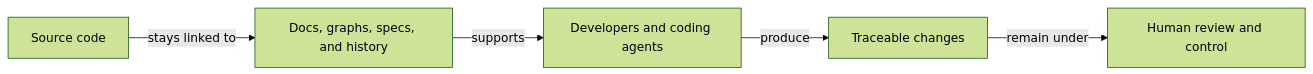
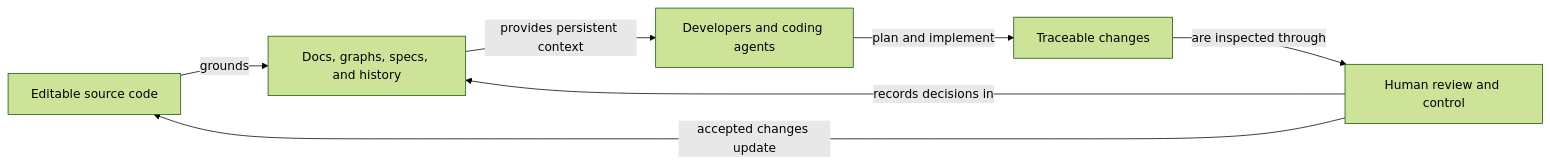
The diagram in README.md (Alenkz12/FiboCode-Releases), drawn with Mermaid (forest theme) before and after one commit. The commit also changed other lines of this file, not shown here.

First line of the commit message:
docs(readme): reframe FiboCode as agent workflow knowledge base

````diff
--- a/README.md
+++ b/README.md
@@ -26,7 +28,9 @@
 ```mermaid
 flowchart LR
-  source_code_001["Source code"] -->|stays linked to| shared_context_002["Docs, graphs, specs, and history"]
-  shared_context_002 -->|supports| human_agent_003["Developers and coding agents"]
-  human_agent_003 -->|produce| traceable_changes_004["Traceable changes"]
-  traceable_changes_004 -->|remain under| human_review_005["Human review and control"]
+  source_code_001["Editable source code"] -->|grounds| knowledge_base_002["Docs, graphs, specs, and history"]
+  knowledge_base_002 -->|provides persistent context| human_agent_003["Developers and coding agents"]
+  human_agent_003 -->|plan and implement| traceable_changes_004["Traceable changes"]
+  traceable_changes_004 -->|are inspected through| human_review_005["Human review and control"]
+  human_review_005 -->|accepted changes update| source_code_001
+  human_review_005 -->|records decisions in| knowledge_base_002
 ```
````
